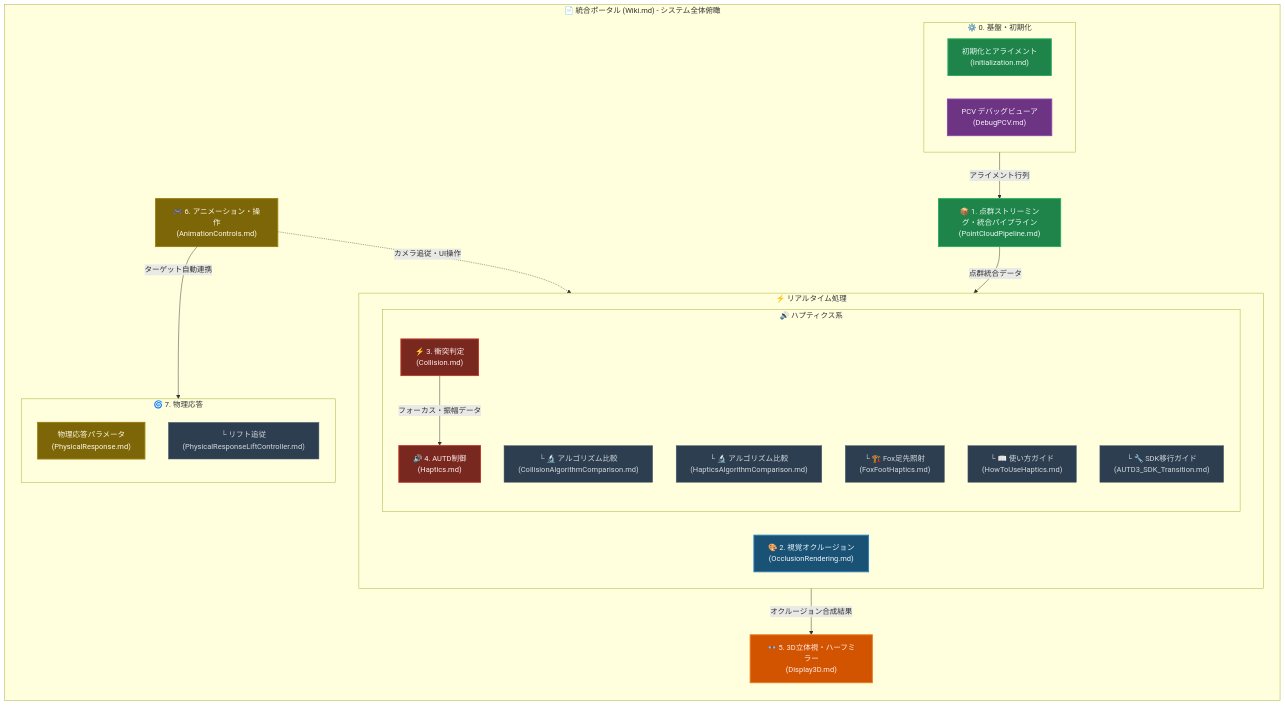
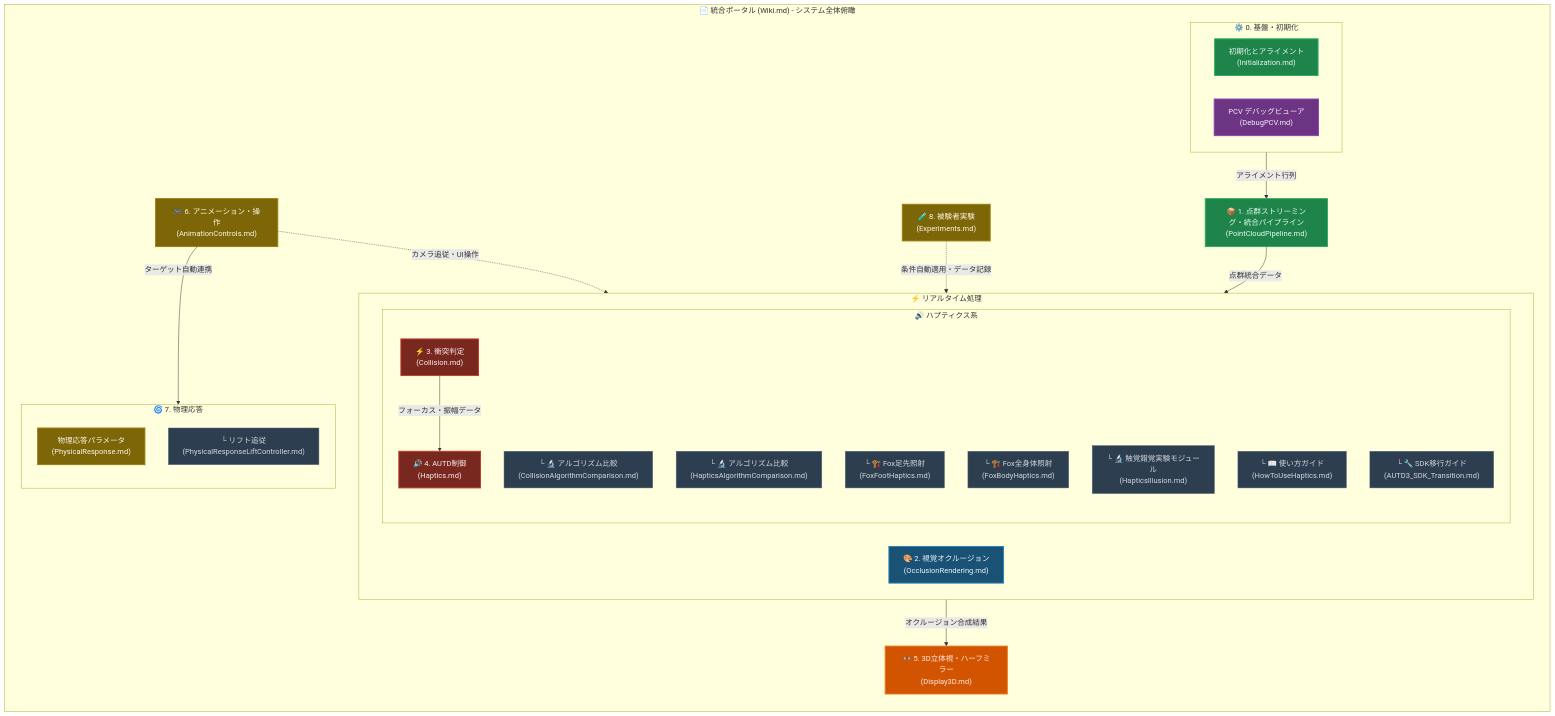
The diagram in Docs/Wiki.md (kotetsuOU/HandTrakingDemo), drawn with Mermaid before and after one commit. The commit also changed other lines of this file and 21 other files, not shown here.

````diff
--- a/Docs/Wiki.md
+++ b/Docs/Wiki.md
@@ -11,58 +11,63 @@
 ```mermaid
 graph TD
     %% スタイル定義
     classDef render fill:#1A5276,stroke:#2980B9,stroke-width:2px,color:#EBF5FB;
     classDef haptic fill:#78281F,stroke:#C0392B,stroke-width:2px,color:#FDEDEC;
     classDef debug fill:#6C3483,stroke:#8E44AD,stroke-width:2px,color:#F5EEF8;
     classDef common fill:#1E8449,stroke:#27AE60,stroke-width:2px,color:#EAF8F2;
     classDef display fill:#D35400,stroke:#E67E22,stroke-width:2px,color:#FDEDEC;
     classDef control fill:#7D6608,stroke:#9A7D0A,stroke-width:2px,color:#FEF9E7;
     classDef sub fill:#2C3E50,stroke:#566573,stroke-width:1px,color:#D5D8DC;
 
     subgraph WIKI ["📄 統合ポータル (Wiki.md) - システム全体俯瞰"]
         direction TD
 
         subgraph Calibration ["⚙️ 0. 基盤・初期化"]
             direction LR
             InitNode["初期化とアライメント<br/>(Initialization.md)"]:::common
             DebugNode["PCV デバッグビューア<br/>(DebugPCV.md)"]:::debug
         end
 
         PointCloudNode["📦 1. 点群ストリーミング・統合パイプライン<br/>(PointCloudPipeline.md)"]:::common
         
         subgraph RealTimeProcessing ["⚡ リアルタイム処理"]
             direction LR
             RenderNode["🎨 2. 視覚オクルージョン<br/>(OcclusionRendering.md)"]:::render
 
             subgraph HapticsGroup ["🔊 ハプティクス系"]
                 direction TB
                 CollisionNode["⚡ 3. 衝突判定<br/>(Collision.md)"]:::haptic
                 CollisionAlgoNode["└ 🔬 アルゴリズム比較<br/>(CollisionAlgorithmComparison.md)"]:::sub
                 AutdNode["🔊 4. AUTD制御<br/>(Haptics.md)"]:::haptic
                 HapticsAlgoNode["└ 🔬 アルゴリズム比較<br/>(HapticsAlgorithmComparison.md)"]:::sub
                 FoxFootNode["└ 🏗️ Fox足先照射<br/>(FoxFootHaptics.md)"]:::sub
+                FoxBodyNode["└ 🏗️ Fox全身体照射<br/>(FoxBodyHaptics.md)"]:::sub
+                IllusionNode["└ 🔬 触覚錯覚実験モジュール<br/>(HapticsIllusion.md)"]:::sub
                 HowToNode["└ 📖 使い方ガイド<br/>(HowToUseHaptics.md)"]:::sub
                 SDKNode["└ 🔧 SDK移行ガイド<br/>(AUTD3_SDK_Transition.md)"]:::sub
             end
         end
 
         DisplayNode["👓 5. 3D立体視・ハーフミラー<br/>(Display3D.md)"]:::display
         ControlNode["🎮 6. アニメーション・操作<br/>(AnimationControls.md)"]:::control
 
         subgraph PhysicsGroup ["🌀 7. 物理応答"]
             direction TB
             PhysicsNode["物理応答パラメータ<br/>(PhysicalResponse.md)"]:::control
             LiftNode["└ リフト追従<br/>(PhysicalResponseLiftController.md)"]:::sub
         end
 
+        ExpNode["🧪 8. 被験者実験<br/>(Experiments.md)"]:::control
+
         %% パイプラインデータフロー
         Calibration -->|"アライメント行列"| PointCloudNode
         PointCloudNode -->|"点群統合データ"| RealTimeProcessing
         CollisionNode -->|"フォーカス・振幅データ"| AutdNode
         RenderNode -->|"オクルージョン合成結果"| DisplayNode
         
         %% 独立した制御系
         ControlNode -.->|"カメラ追従・UI操作"| RenderNode
         ControlNode -->|"ターゲット自動連携"| PhysicsGroup
+        ExpNode -.->|"条件自動適用・データ記録"| AutdNode
     end
 ```
````
